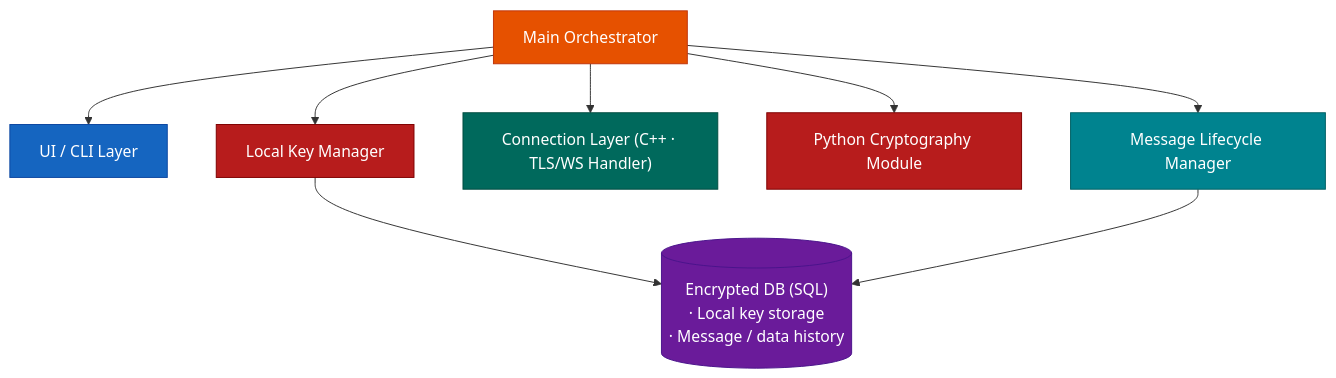
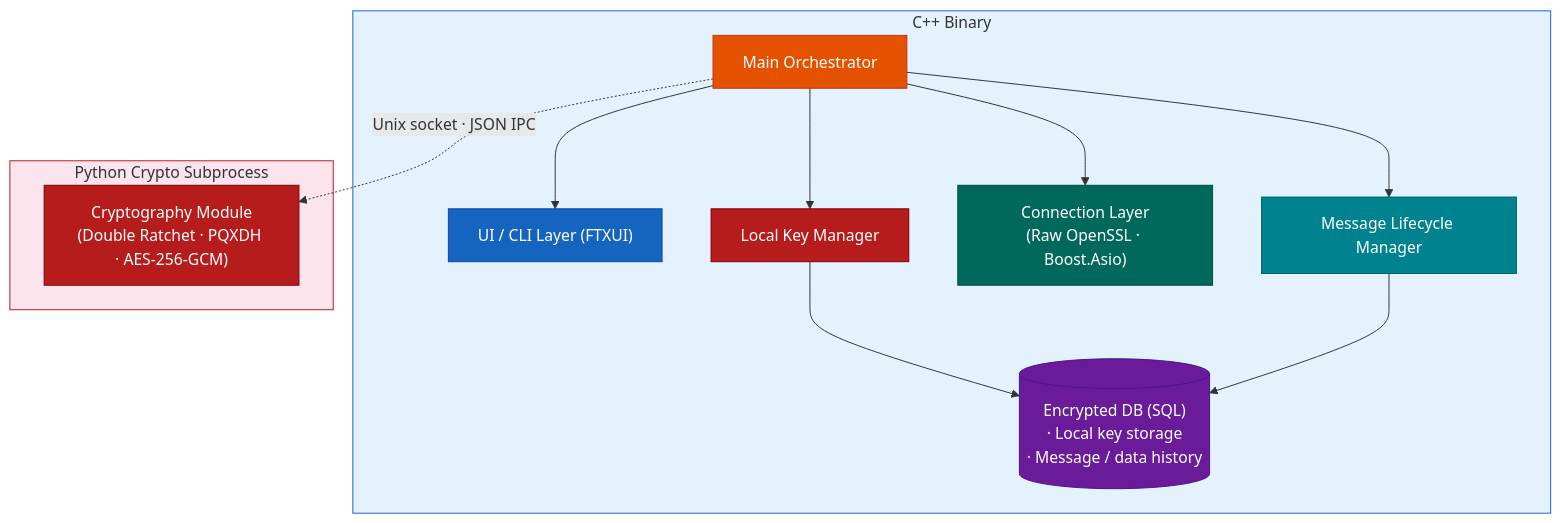
One commit to meltedelement/EPIC-1bit2qbit changed the second of 3 diagrams in docs/architecture.md. Above: the diagram before and after it, drawn with Mermaid. The commit also changed other lines of this file and 3 other files, not shown here.

Commit message:
Updated docs with new python subprocess structure, added repr on usernames in logs, renamed sessionfactory, Moved password verification and argon to a worker thread so  it isnt as dosable

````diff
--- a/docs/architecture.md
+++ b/docs/architecture.md
@@ -50,25 +50,33 @@
 ```mermaid
 flowchart TB
     classDef entry      fill:#1565C0,stroke:#0D47A1,color:#fff
     classDef orch       fill:#E65100,stroke:#BF360C,color:#fff
     classDef transport  fill:#00695C,stroke:#004D40,color:#fff
     classDef messaging  fill:#00838F,stroke:#006064,color:#fff
     classDef security   fill:#B71C1C,stroke:#7F0000,color:#fff
     classDef storage    fill:#6A1B9A,stroke:#4A148C,color:#fff
 
-    UI["UI / CLI Layer"]:::entry
-    MLM["Message Lifecycle Manager"]:::messaging
-    CONN["Connection Layer (C++ · TLS/WS Handler)"]:::transport
-    ORCH["Main Orchestrator"]:::orch
-    CRYPTO["Python Cryptography Module"]:::security
-    KEYS["Local Key Manager"]:::security
-    DBC[("Encrypted DB (SQL)\n· Local key storage\n· Message / data history")]:::storage
+    subgraph CPP["C++ Binary"]
+        UI["UI / CLI Layer (FTXUI)"]:::entry
+        MLM["Message Lifecycle Manager"]:::messaging
+        CONN["Connection Layer\n(Raw OpenSSL · Boost.Asio)"]:::transport
+        ORCH["Main Orchestrator"]:::orch
+        KEYS["Local Key Manager"]:::security
+        DBC[("Encrypted DB (SQL)\n· Local key storage\n· Message / data history")]:::storage
+    end
+
+    subgraph PY["Python Crypto Subprocess"]
+        CRYPTO["Cryptography Module\n(Double Ratchet · PQXDH · AES-256-GCM)"]:::security
+    end
 
     ORCH --> UI
     ORCH --> MLM
     ORCH --> CONN
-    ORCH --> CRYPTO
+    ORCH -.->|"Unix socket · JSON IPC"| CRYPTO
     ORCH --> KEYS
     KEYS --> DBC
     MLM --> DBC
+
+    style CPP fill:#E3F2FD,stroke:#1565C0
+    style PY  fill:#FCE4EC,stroke:#B71C1C
 ```
````
